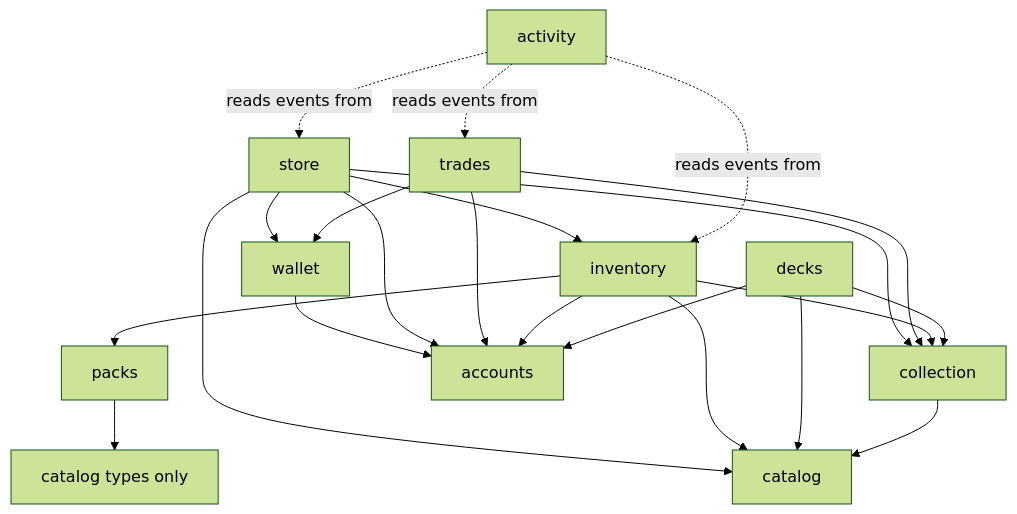
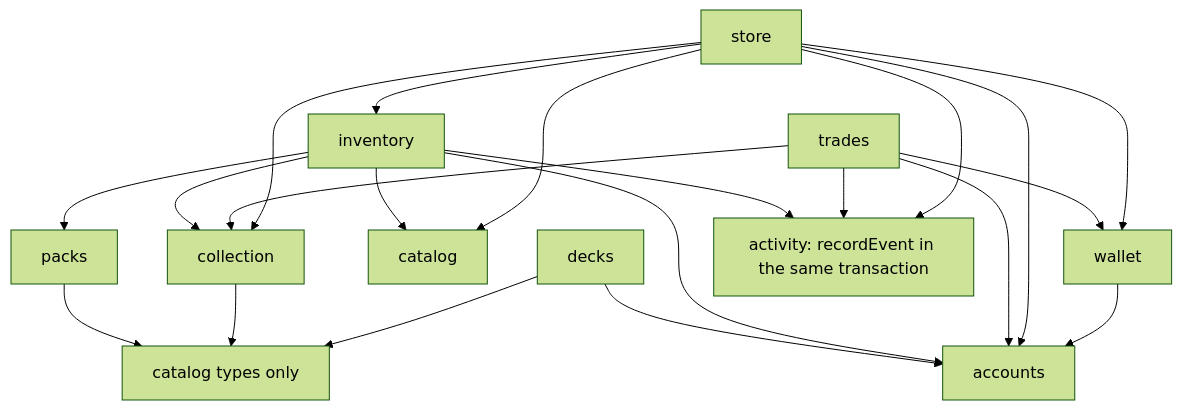
The second of 4 diagrams in docs/architecture/overview.md (jstehn/proxy-library), drawn with Mermaid (forest theme) before and after one commit. The commit also changed other lines of this file and 4 other files, not shown here.

Commit message:
Phase 11 done: lesson 11, docs, architecture graph as built; all phases complete

````diff
--- a/docs/architecture/overview.md
+++ b/docs/architecture/overview.md
@@ -62,12 +62,12 @@
 ```mermaid
 flowchart TD
   store --> wallet & inventory & collection & catalog
   trades --> wallet & collection
   inventory --> packs & collection & catalog
-  decks --> collection & catalog
-  collection --> catalog
+  decks --> catalog_types
+  collection --> catalog_types
   packs --> catalog_types[catalog types only]
   wallet --> accounts
   store & trades & inventory & decks --> accounts
-  activity -.reads events from.-> store & inventory & trades
+  store & trades & inventory --> activity[activity: recordEvent in the same transaction]
 ```
````
